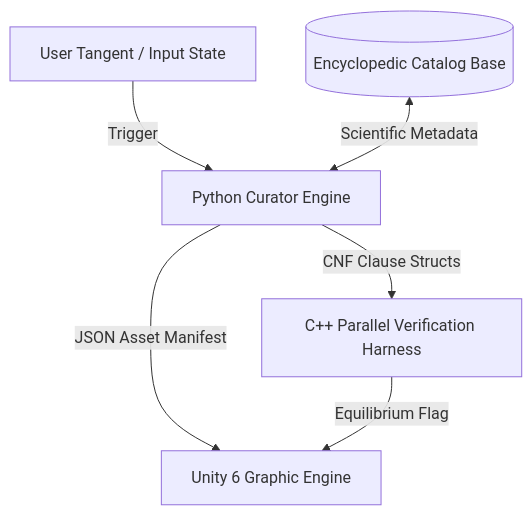
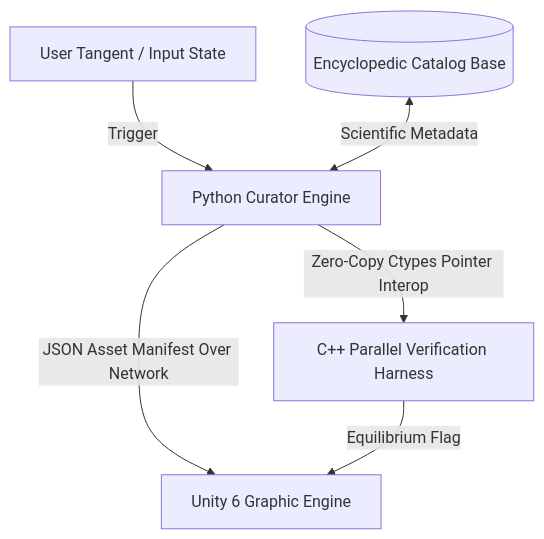
One commit to bcroner/EncyclopedicCatalog changed the diagram in README.md. Above: the diagram before and after it, drawn with Mermaid. The commit also changed other lines of this file, not shown here.

````diff
--- a/README.md
+++ b/README.md
@@ -13,8 +13,8 @@
 ```mermaid
 graph TD
     UserAction[User Tangent / Input State] -->|Trigger| Curator[Python Curator Engine]
     Catalog[(Encyclopedic Catalog Base)] <-->|Scientific Metadata| Curator
-    Curator -->|CNF Clause Structs| CPPAudio[C++ Parallel Verification Harness]
-    Curator -->|JSON Asset Manifest| Client[Unity 6 Graphic Engine]
+    Curator -->|Zero-Copy Ctypes Pointer Interop| CPPAudio[C++ Parallel Verification Harness]
+    Curator -->|JSON Asset Manifest Over Network| Client[Unity 6 Graphic Engine]
     CPPAudio -->|Equilibrium Flag| Client
 ```
````
